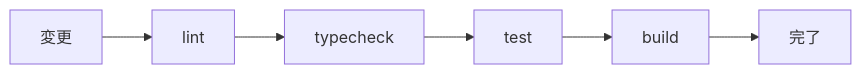
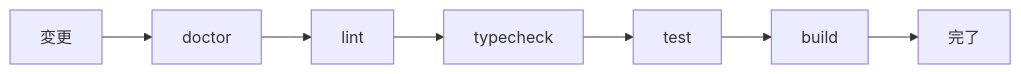
Before and after one commit to k-systems202208/nextjs-supabase-vercel-webapp-template: the seventh of 8 diagrams in GETTING-STARTED.md, drawn with Mermaid. The commit also changed other lines of this file and 9 other files, not shown here.

````diff
--- a/GETTING-STARTED.md
+++ b/GETTING-STARTED.md
@@ -239,8 +262,9 @@
 ```mermaid
 flowchart LR
-    A["変更"] --> B["lint"]
+    A["変更"] --> D["doctor"]
+    D --> B["lint"]
     B --> C["typecheck"]
-    C --> D["test"]
-    D --> E["build"]
+    C --> T["test"]
+    T --> E["build"]
     E --> F["完了"]
 ```
````
